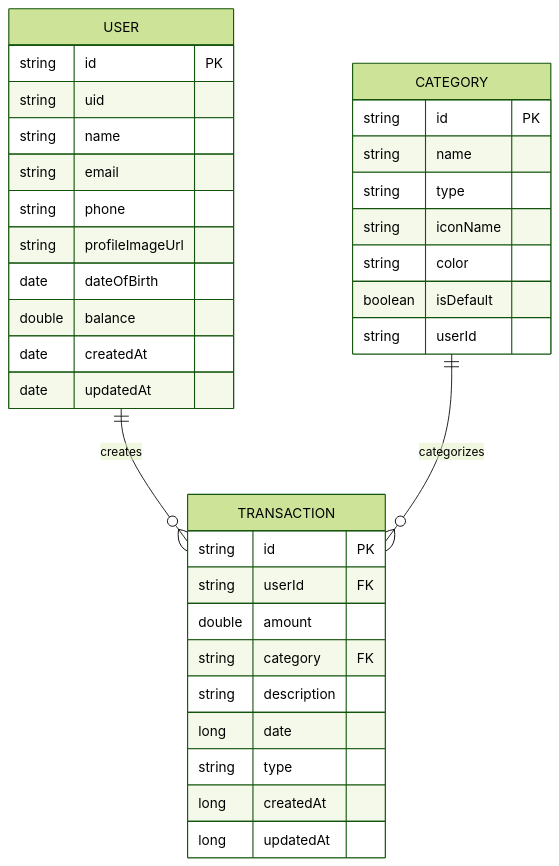
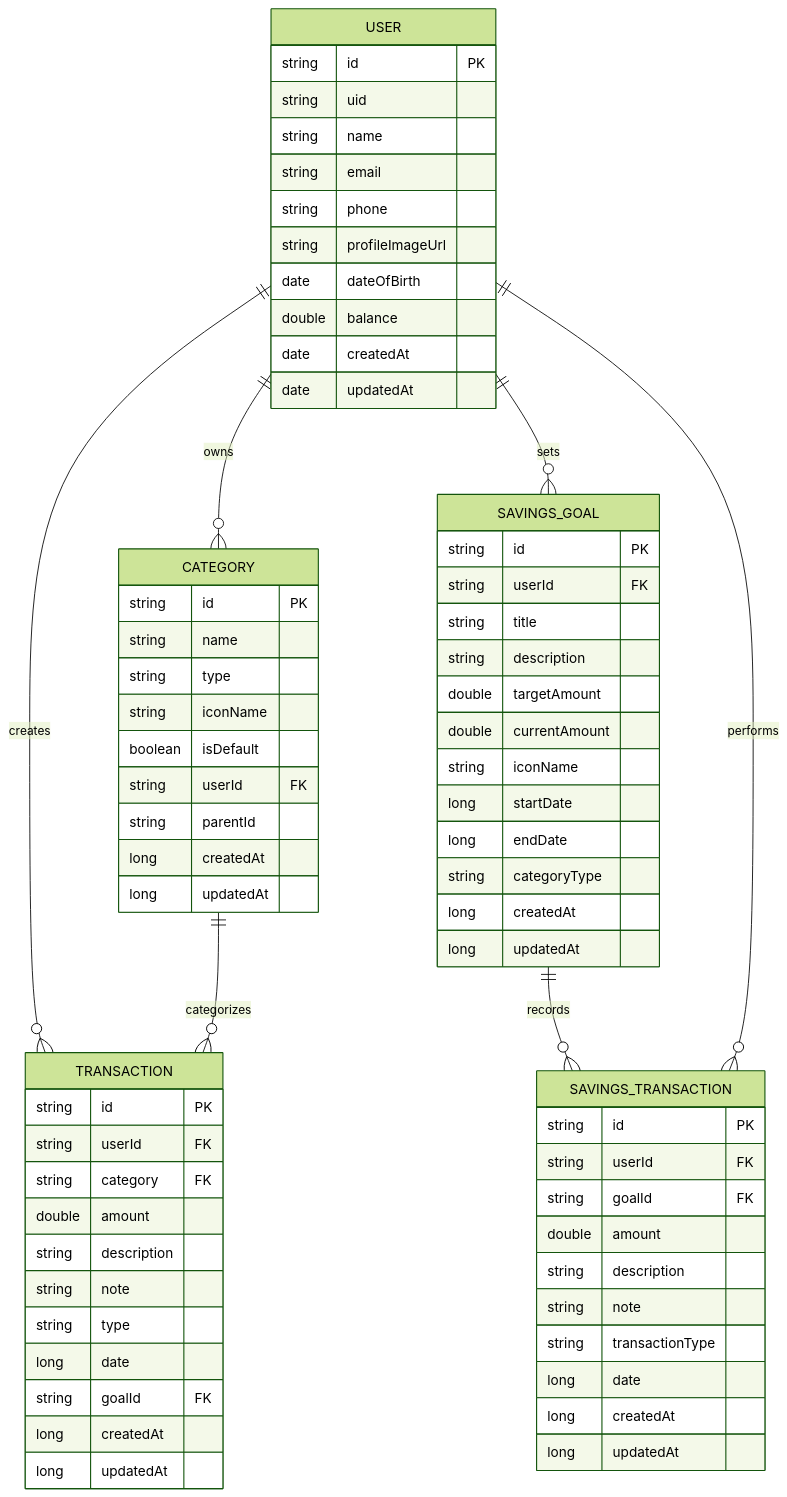
The diagram in database_diagram.md (riold02/QLTCCN-Android), drawn with Mermaid (forest theme) before and after one commit. The commit also changed other lines of this file, not shown here.

````diff
--- a/database_diagram.md
+++ b/database_diagram.md
@@ -5,40 +5,76 @@
 ```mermaid
 erDiagram
     USER {
         string id PK
         string uid
         string name
         string email
         string phone
         string profileImageUrl
         date dateOfBirth
         double balance
         date createdAt
         date updatedAt
     }
 
     CATEGORY {
         string id PK
         string name
         string type
         string iconName
-        string color
         boolean isDefault
-        string userId
+        string userId FK
+        string parentId
+        long createdAt
+        long updatedAt
     }
 
     TRANSACTION {
         string id PK
         string userId FK
+        string category FK
         double amount
-        string category FK
         string description
+        string note
+        string type
         long date
-        string type
+        string goalId FK
+        long createdAt
+        long updatedAt
+    }
+    
+    SAVINGS_GOAL {
+        string id PK
+        string userId FK
+        string title
+        string description
+        double targetAmount
+        double currentAmount
+        string iconName
+        long startDate
+        long endDate
+        string categoryType
+        long createdAt
+        long updatedAt
+    }
+    
+    SAVINGS_TRANSACTION {
+        string id PK
+        string userId FK
+        string goalId FK
+        double amount
+        string description
+        string note
+        string transactionType
+        long date
         long createdAt
         long updatedAt
     }
 
     USER ||--o{ TRANSACTION : "creates"
+    USER ||--o{ CATEGORY : "owns"
     CATEGORY ||--o{ TRANSACTION : "categorizes"
+    USER ||--o{ SAVINGS_GOAL : "sets"
+    SAVINGS_GOAL ||--o{ SAVINGS_TRANSACTION : "records"
+    USER ||--o{ SAVINGS_TRANSACTION : "performs"
 ```
````
